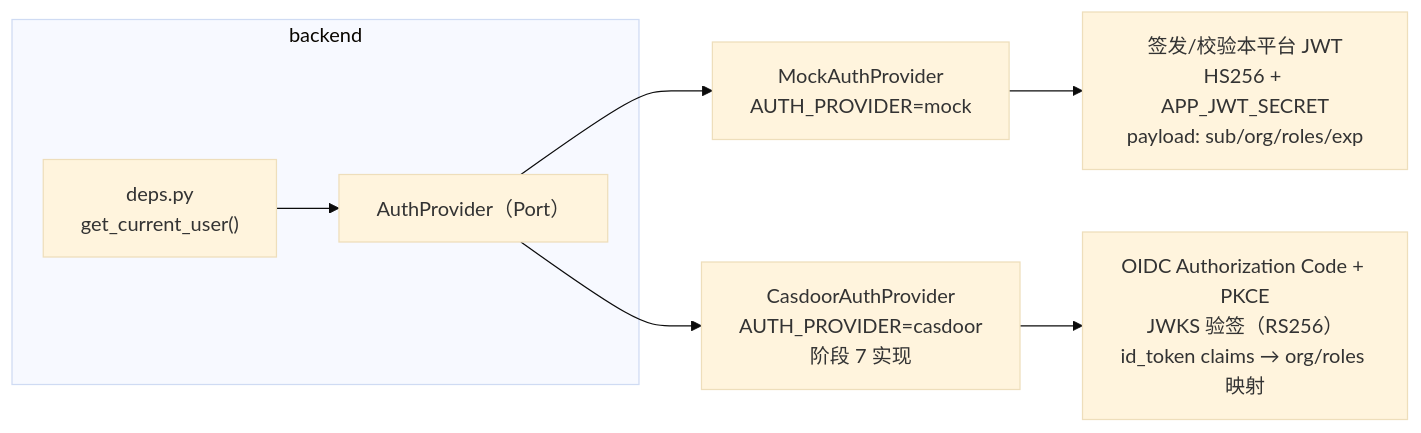
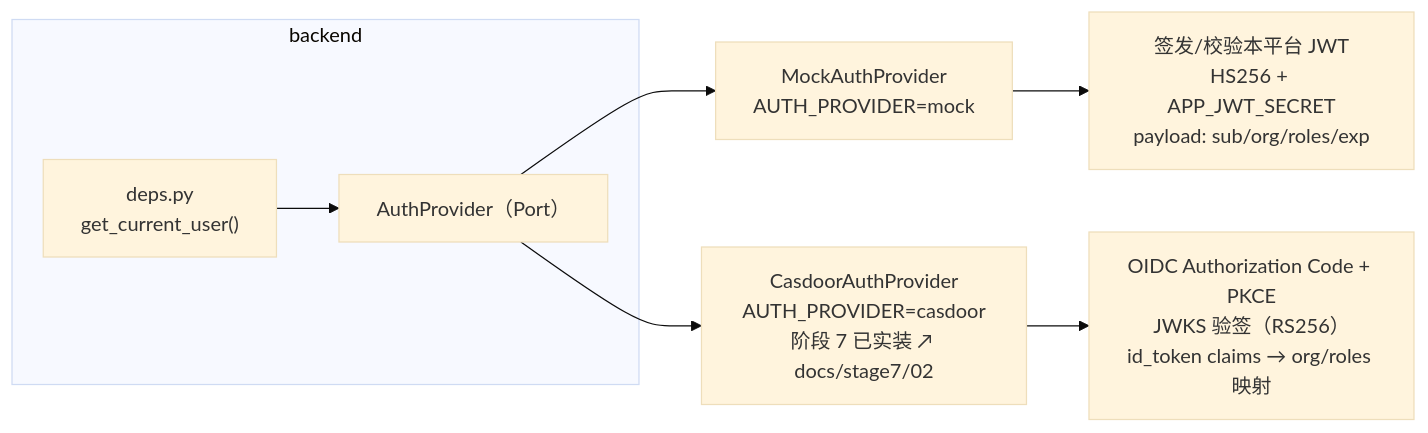
Before and after one commit to sjzsdu/QlibQuantLab: the diagram in docs/stage1/04-api-and-auth.md, drawn with Mermaid (base theme). The commit also changed other lines of this file and 15 other files, not shown here.

Commit message:
test(stage7): 真 Casdoor 冒烟 17/17 + 冒烟环境工件 + 阶段7 交付文档七件套 + 生产构建记录 + R9/R11/R6-2 台账回写

````diff
--- a/docs/stage1/04-api-and-auth.md
+++ b/docs/stage1/04-api-and-auth.md
@@ -202,13 +202,13 @@
 ```mermaid
 flowchart LR
     subgraph BE["backend"]
         D["deps.py<br/>get_current_user()"]
         P["AuthProvider（Port）"]
     end
     D --> P
     P --> M["MockAuthProvider<br/>AUTH_PROVIDER=mock"]
-    P --> C["CasdoorAuthProvider<br/>AUTH_PROVIDER=casdoor<br/>阶段 7 实现"]
+    P --> C["CasdoorAuthProvider<br/>AUTH_PROVIDER=casdoor<br/>阶段 7 已实装 ↗ docs/stage7/02"]
 
     M --> MJ["签发/校验本平台 JWT<br/>HS256 + APP_JWT_SECRET<br/>payload: sub/org/roles/exp"]
     C --> CO["OIDC Authorization Code + PKCE<br/>JWKS 验签（RS256）<br/>id_token claims → org/roles 映射"]
 ```
````
